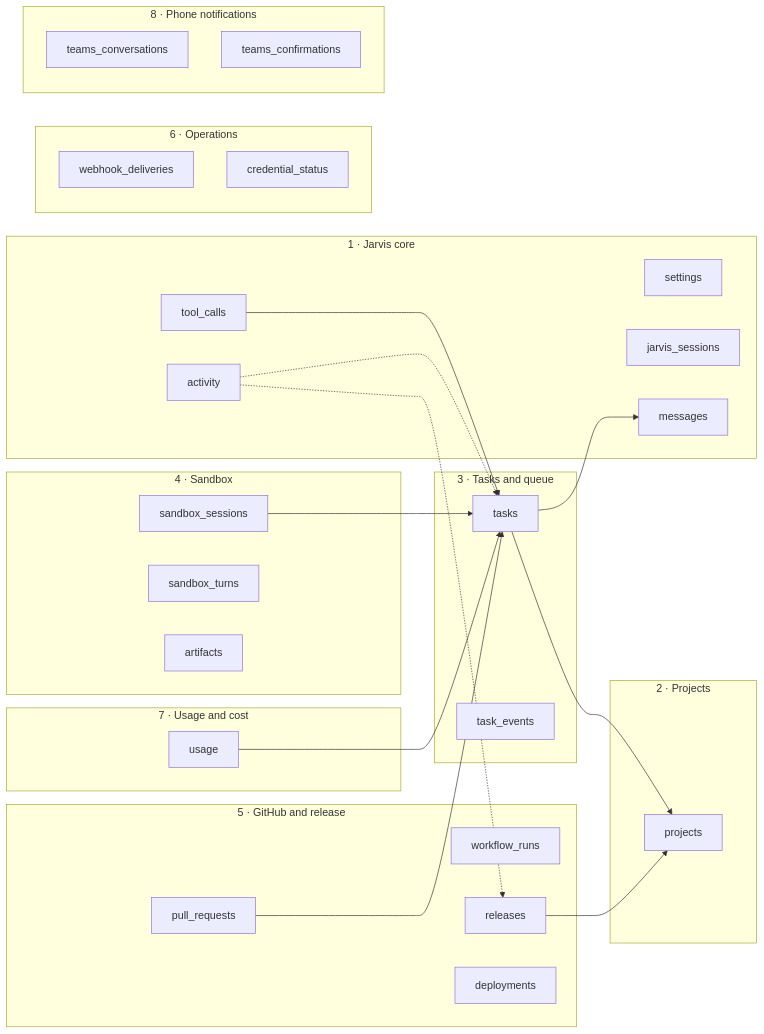
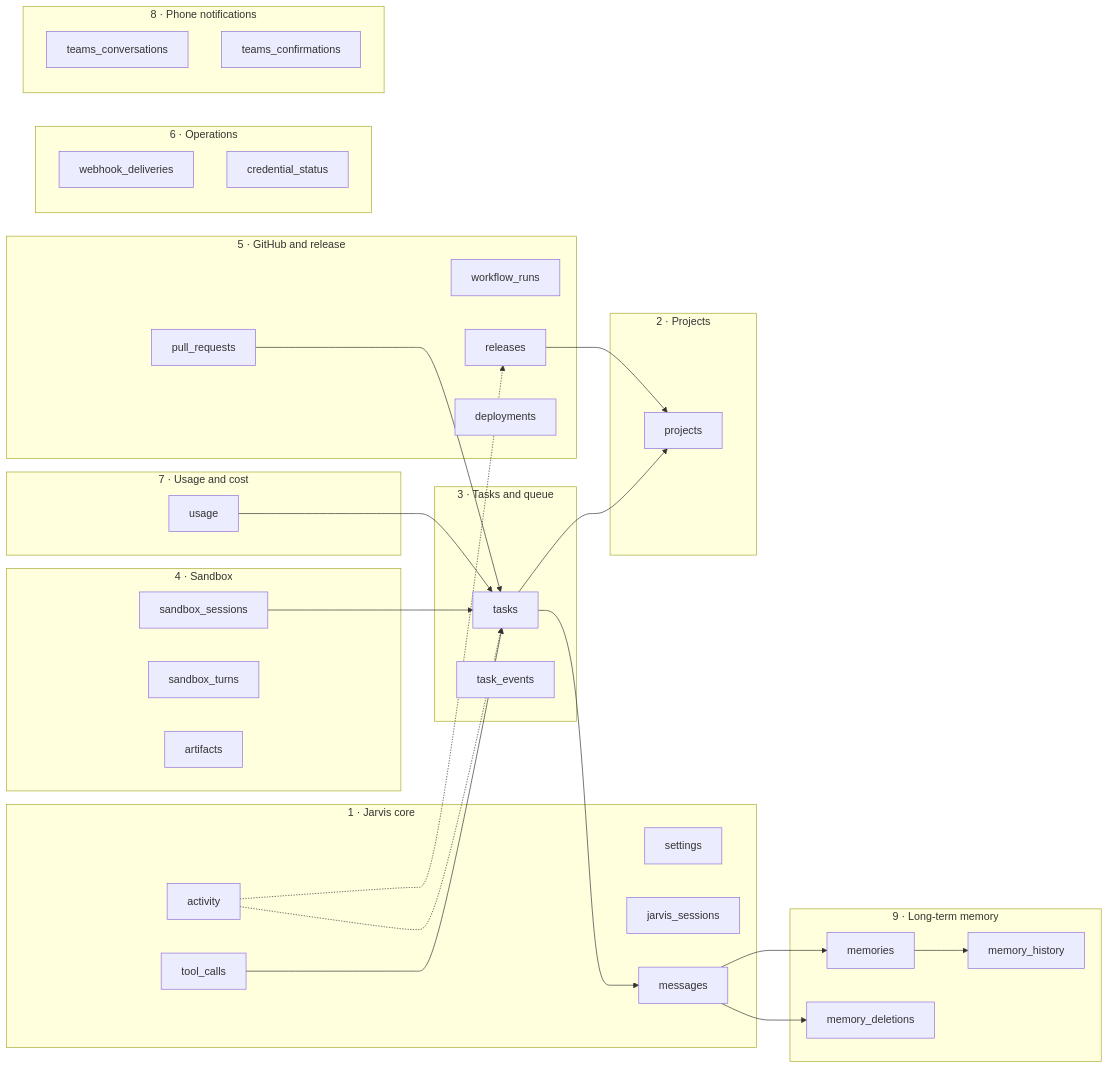
One commit to DanAakesen/jarvis changed the first of 9 diagrams in docs/data-model.md. Above: the diagram before and after it, drawn with Mermaid. The commit also changed other lines of this file and 32 other files, not shown here.

First line of the commit message:
P7-13: Long-term memory across Jarvis conversations (#276)

````diff
--- a/docs/data-model.md
+++ b/docs/data-model.md
@@ -43,48 +49,56 @@
 ```mermaid
 flowchart LR
     subgraph CORE["1 · Jarvis core"]
         settings
         jarvis_sessions
         messages
         tool_calls
         activity
     end
     subgraph PROJ["2 · Projects"]
         projects
     end
     subgraph TASK["3 · Tasks and queue"]
         tasks
         task_events
     end
     subgraph SANDBOX["4 · Sandbox"]
         sandbox_sessions
         sandbox_turns
         artifacts
     end
     subgraph REL["5 · GitHub and release"]
         pull_requests
         workflow_runs
         releases
         deployments
     end
     subgraph USE["7 · Usage and cost"]
         usage
     end
+    subgraph MEMORY["9 · Long-term memory"]
+        memories
+        memory_history
+        memory_deletions
+    end
     subgraph OPS["6 · Operations"]
         webhook_deliveries
         credential_status
     end
     subgraph PHONE["8 · Phone notifications"]
         teams_conversations
         teams_confirmations
     end
     tool_calls --> tasks
     tasks --> projects
     sandbox_sessions --> tasks
     pull_requests --> tasks
     releases --> projects
     activity -.-> tasks
     activity -.-> releases
     usage --> tasks
     tasks --> messages
+    messages --> memories
+    memories --> memory_history
+    messages --> memory_deletions
 ```
````
